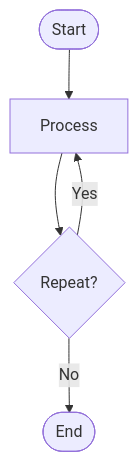
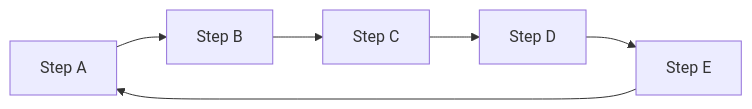
The second of 2 diagrams in misc/Mermaid Testing.md (trulycaffeinated/RIT2025-26), drawn with Mermaid before and after one commit. The commit also changed other lines of this file and 1 other file, not shown here.

Commit message:
Laptop Commit {{Date}}

````diff
--- a/misc/Mermaid Testing.md
+++ b/misc/Mermaid Testing.md
@@ -5,7 +5,8 @@
 ```mermaid
-flowchart TD
-    A([Start]) --> B[Process]
-    B --> C{Repeat?}
-    C -->|Yes| B
-    C -->|No| D([End])
+flowchart LR
+    A[Step A] --> B[Step B]
+    B --> C[Step C]
+    C --> D[Step D]
+    D --> E[Step E]
+    E --> A
 ```
````
